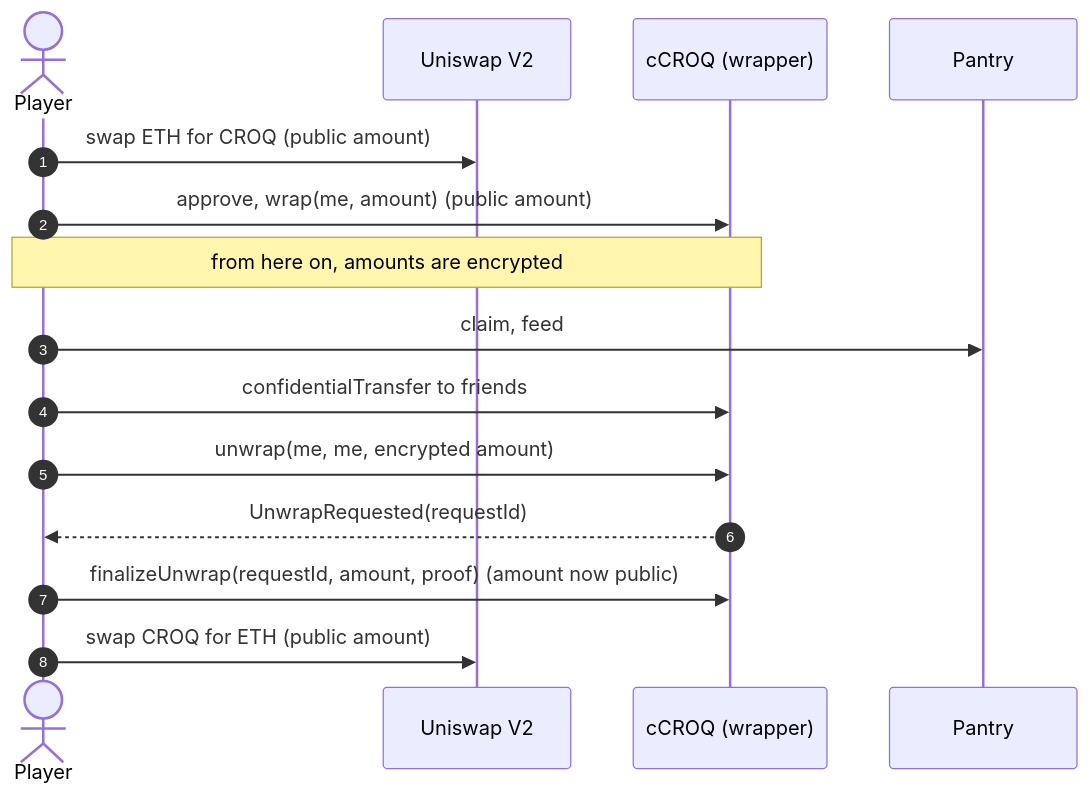
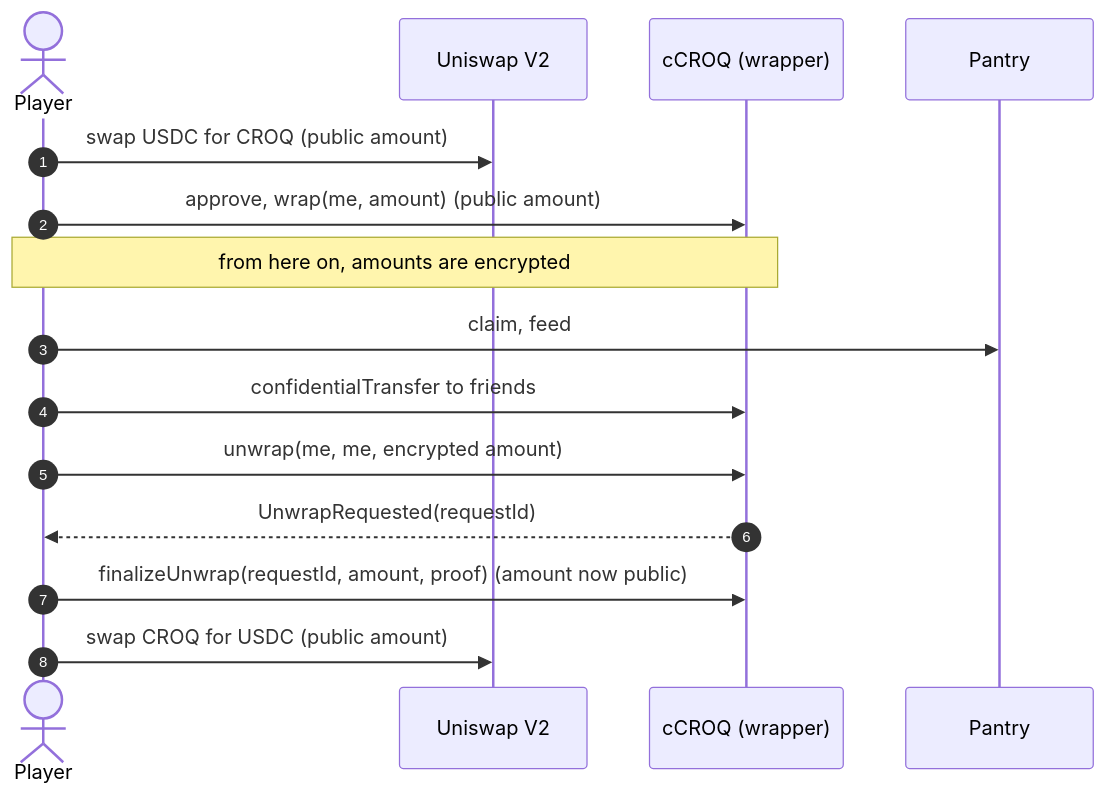
The second of 6 diagrams in docs/CROQ.md (jecombe/do_not_open), drawn with Mermaid before and after one commit. The commit also changed other lines of this file and 62 other files, not shown here.

````diff
--- a/docs/CROQ.md
+++ b/docs/CROQ.md
@@ -297,17 +299,17 @@
 ```mermaid
 sequenceDiagram
   autonumber
   actor P as Player
   participant U as Uniswap V2
   participant W as cCROQ (wrapper)
   participant Pa as Pantry
-  P->>U: swap ETH for CROQ (public amount)
+  P->>U: swap USDC for CROQ (public amount)
   P->>W: approve, wrap(me, amount) (public amount)
   Note over P,W: from here on, amounts are encrypted
   P->>Pa: claim, feed
   P->>W: confidentialTransfer to friends
   P->>W: unwrap(me, me, encrypted amount)
   W-->>P: UnwrapRequested(requestId)
   P->>W: finalizeUnwrap(requestId, amount, proof) (amount now public)
-  P->>U: swap CROQ for ETH (public amount)
+  P->>U: swap CROQ for USDC (public amount)
 ```
````
